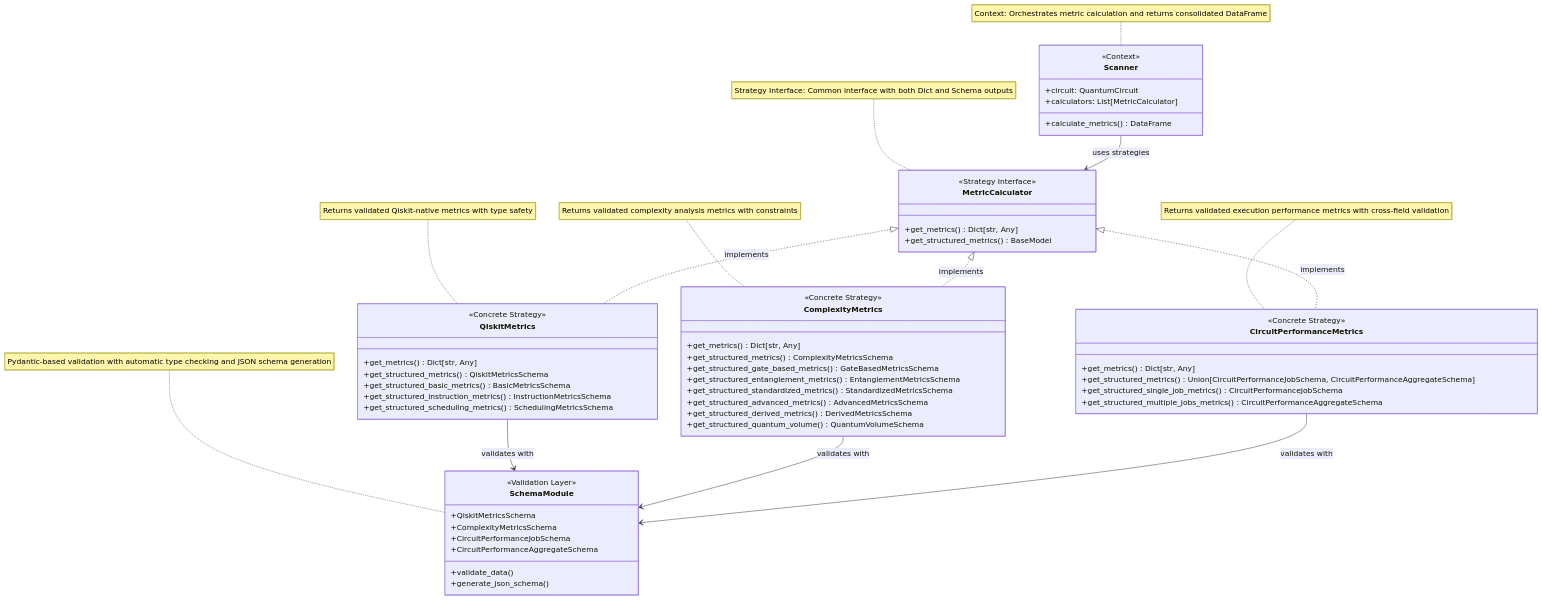
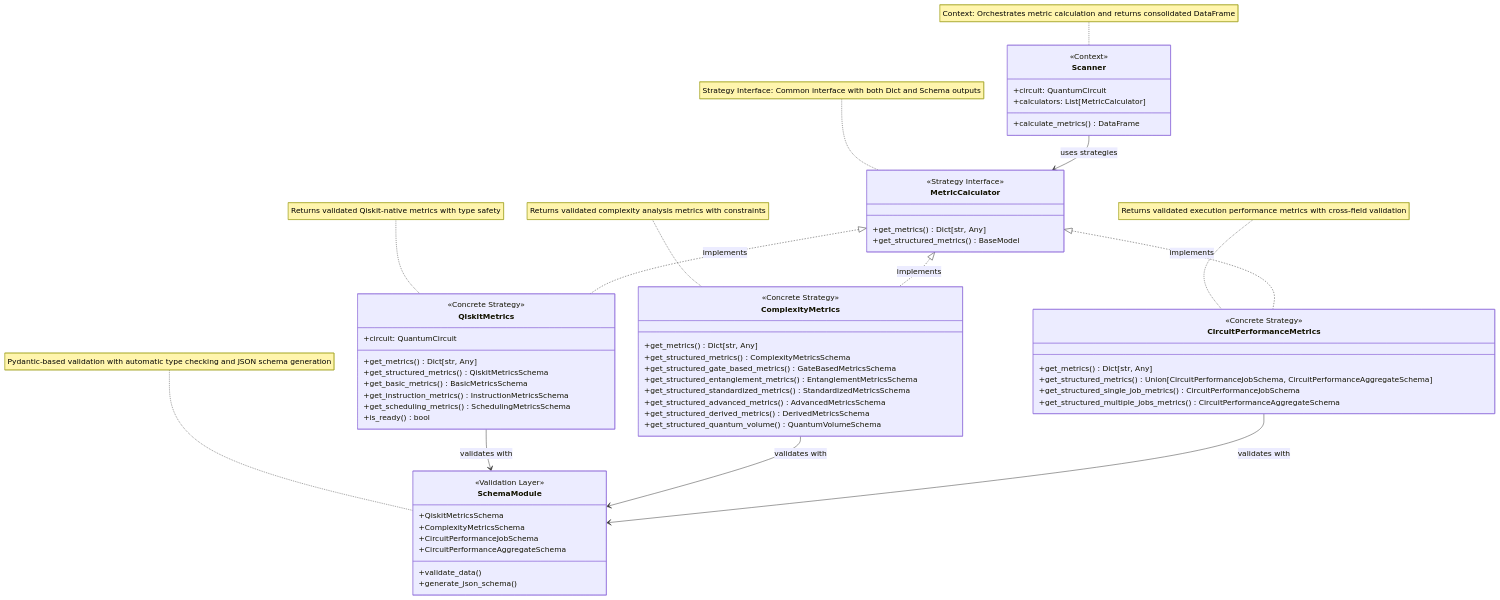
One commit to xthecapx/qiskit-qward changed the first of 4 diagrams in docs/architecture.md. Above: the diagram before and after it, drawn with Mermaid. The commit also changed other lines of this file and 53 other files, not shown here.

````diff
--- a/docs/architecture.md
+++ b/docs/architecture.md
@@ -13,77 +13,79 @@
 ```{mermaid}
 classDiagram
     %% Simplified Strategy Pattern for QWARD with Schema Validation
     
     class Scanner {
         <<Context>>
         +circuit: QuantumCircuit
         +calculators: List[MetricCalculator]
         +calculate_metrics() DataFrame
     }
 
     class MetricCalculator {
         <<Strategy Interface>>
         +get_metrics() Dict[str, Any]
         +get_structured_metrics() BaseModel
     }
 
     class QiskitMetrics {
         <<Concrete Strategy>>
+        +circuit: QuantumCircuit
         +get_metrics() Dict[str, Any]
         +get_structured_metrics() QiskitMetricsSchema
-        +get_structured_basic_metrics() BasicMetricsSchema
-        +get_structured_instruction_metrics() InstructionMetricsSchema
-        +get_structured_scheduling_metrics() SchedulingMetricsSchema
+        +get_basic_metrics() BasicMetricsSchema
+        +get_instruction_metrics() InstructionMetricsSchema
+        +get_scheduling_metrics() SchedulingMetricsSchema
+        +is_ready() bool
     }
 
     class ComplexityMetrics {
         <<Concrete Strategy>>
         +get_metrics() Dict[str, Any]
         +get_structured_metrics() ComplexityMetricsSchema
         +get_structured_gate_based_metrics() GateBasedMetricsSchema
         +get_structured_entanglement_metrics() EntanglementMetricsSchema
         +get_structured_standardized_metrics() StandardizedMetricsSchema
         +get_structured_advanced_metrics() AdvancedMetricsSchema
         +get_structured_derived_metrics() DerivedMetricsSchema
         +get_structured_quantum_volume() QuantumVolumeSchema
     }
 
     class CircuitPerformanceMetrics {
         <<Concrete Strategy>>
         +get_metrics() Dict[str, Any]
         +get_structured_metrics() Union[CircuitPerformanceJobSchema, CircuitPerformanceAggregateSchema]
         +get_structured_single_job_metrics() CircuitPerformanceJobSchema
         +get_structured_multiple_jobs_metrics() CircuitPerformanceAggregateSchema
     }
 
     class SchemaModule {
         <<Validation Layer>>
         +QiskitMetricsSchema
         +ComplexityMetricsSchema
         +CircuitPerformanceJobSchema
         +CircuitPerformanceAggregateSchema
         +validate_data()
         +generate_json_schema()
     }
 
     %% Strategy Pattern Relationships
     Scanner --> MetricCalculator : uses strategies
     
     %% Strategy Interface Implementation
     MetricCalculator <|.. QiskitMetrics : implements
     MetricCalculator <|.. ComplexityMetrics : implements
     MetricCalculator <|.. CircuitPerformanceMetrics : implements
     
     %% Schema Integration
     QiskitMetrics --> SchemaModule : validates with
     ComplexityMetrics --> SchemaModule : validates with
     CircuitPerformanceMetrics --> SchemaModule : validates with
 
     %% Pattern Notes
     note for Scanner "Context: Orchestrates metric calculation and returns consolidated DataFrame"
     note for MetricCalculator "Strategy Interface: Common interface with both Dict and Schema outputs"
     note for QiskitMetrics "Returns validated Qiskit-native metrics with type safety"
     note for ComplexityMetrics "Returns validated complexity analysis metrics with constraints"
     note for CircuitPerformanceMetrics "Returns validated execution performance metrics with cross-field validation"
     note for SchemaModule "Pydantic-based validation with automatic type checking and JSON schema generation"
 ```
````
